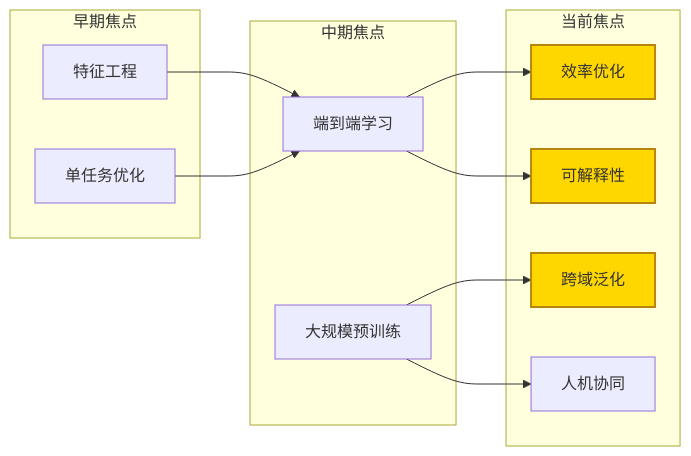
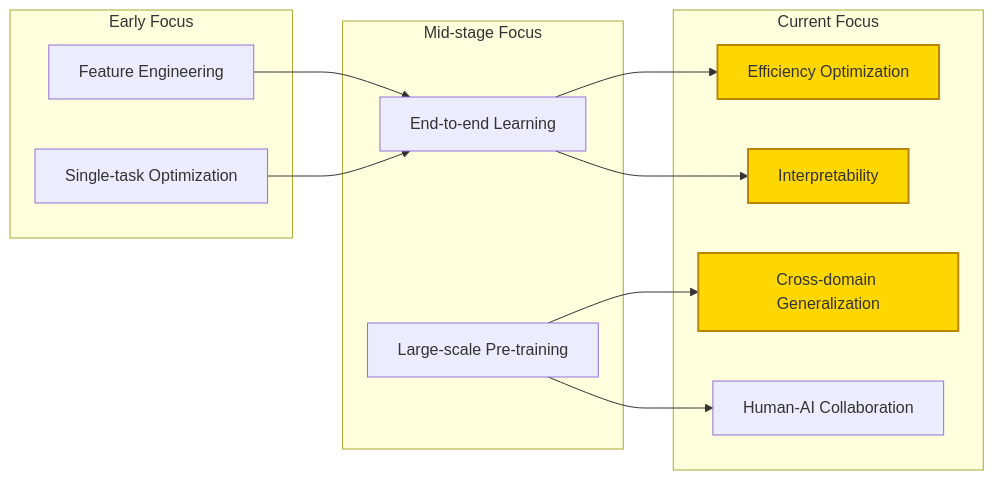
One commit to Kirky-X/cangjie changed the third of 11 diagrams in templates/【模板】论文研究报告.md. Above: the diagram before and after it, drawn with Mermaid. The commit also changed other lines of this file and 12 other files, not shown here.

````diff
--- a/templates/【模板】论文研究报告.md
+++ b/templates/【模板】论文研究报告.md
@@ -184,30 +184,30 @@
 ```mermaid
 graph LR
-    subgraph 早期焦点
-        T1[特征工程]
-        T2[单任务优化]
+    subgraph Early Focus
+        T1[Feature Engineering]
+        T2[Single-task Optimization]
     end
 
-    subgraph 中期焦点
-        T3[端到端学习]
-        T4[大规模预训练]
+    subgraph Mid-stage Focus
+        T3[End-to-end Learning]
+        T4[Large-scale Pre-training]
     end
 
-    subgraph 当前焦点
-        T5[效率优化]
-        T6[可解释性]
-        T7[跨域泛化]
-        T8[人机协同]
+    subgraph Current Focus
+        T5[Efficiency Optimization]
+        T6[Interpretability]
+        T7[Cross-domain Generalization]
+        T8[Human-AI Collaboration]
     end
 
     T1 --> T3
     T2 --> T3
     T3 --> T5
     T3 --> T6
     T4 --> T7
     T4 --> T8
 
     style T5 fill:#ffd700,stroke:#b8860b,stroke-width:2px
     style T6 fill:#ffd700,stroke:#b8860b,stroke-width:2px
     style T7 fill:#ffd700,stroke:#b8860b,stroke-width:2px
 ```
````
